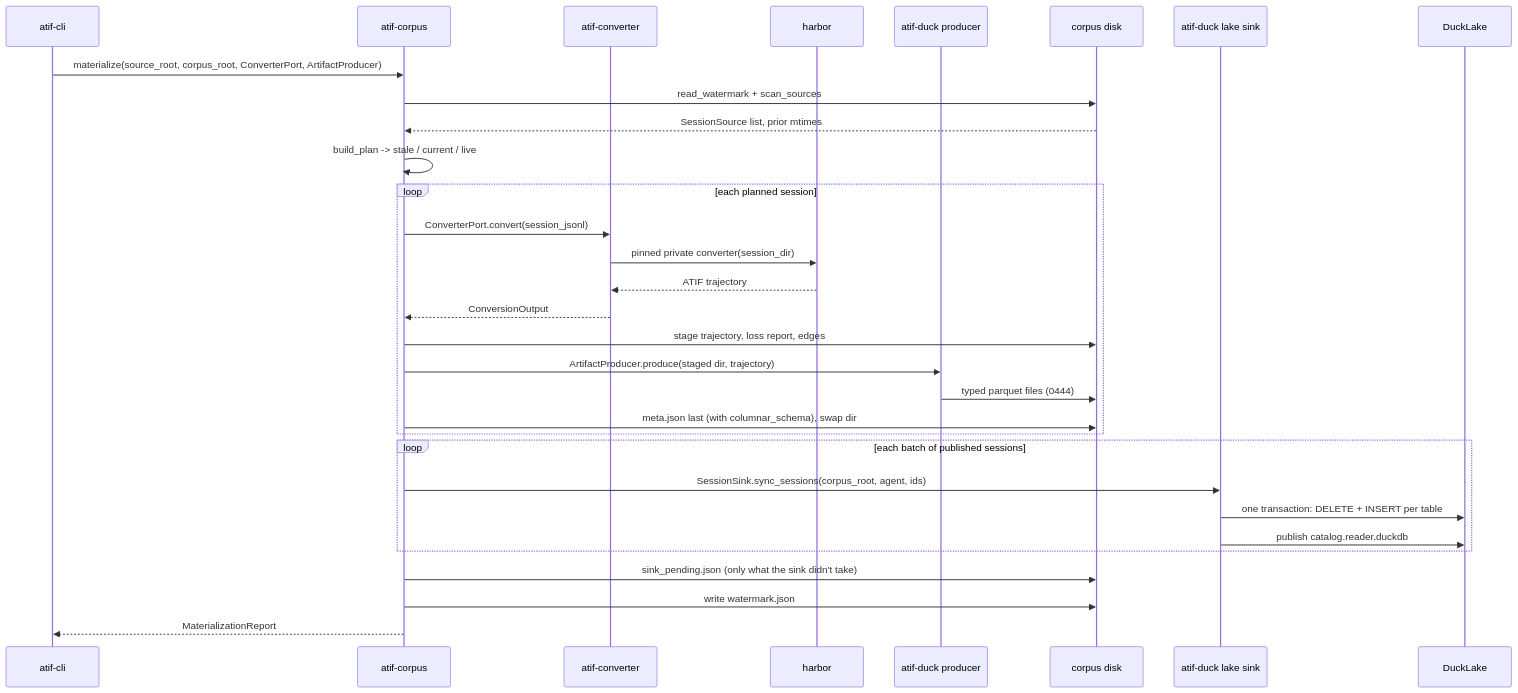
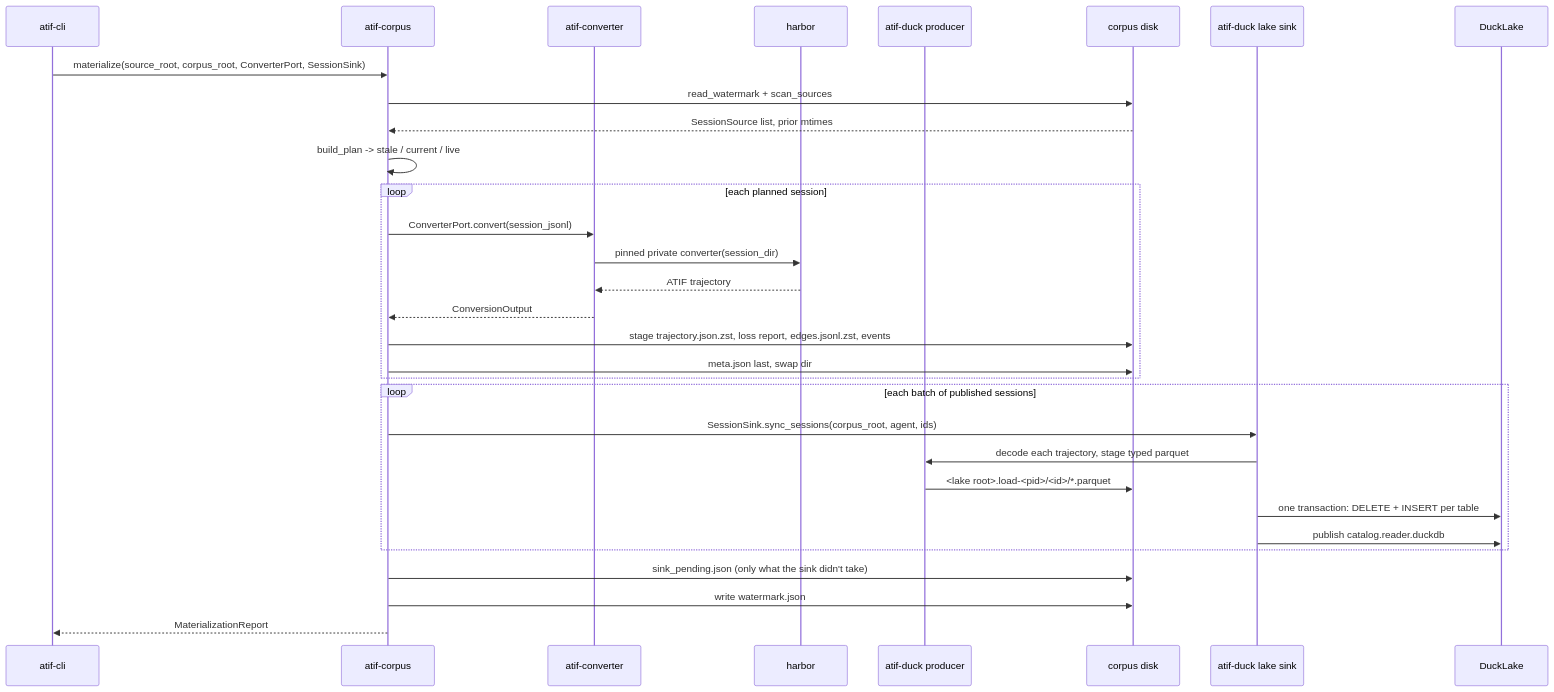
The first of 3 diagrams in docs/architecture/data-flow.md (laithalsaadoon/atif-sql), drawn with Mermaid before and after one commit. The commit also changed other lines of this file and 9 other files, not shown here.

Commit message:
docs: compressed session artifacts, the staged lake loader and corpus slim

````diff
--- a/docs/architecture/data-flow.md
+++ b/docs/architecture/data-flow.md
@@ -71,34 +76,34 @@
 ```mermaid
 sequenceDiagram
     participant CLI as atif-cli
     participant Corpus as atif-corpus
     participant Conv as atif-converter
     participant Harbor as harbor
     participant Producer as atif-duck producer
     participant Disk as corpus disk
     participant Sink as atif-duck lake sink
     participant Lake as DuckLake
 
-    CLI->>Corpus: materialize(source_root, corpus_root, ConverterPort, ArtifactProducer)
+    CLI->>Corpus: materialize(source_root, corpus_root, ConverterPort, SessionSink)
     Corpus->>Disk: read_watermark + scan_sources
     Disk-->>Corpus: SessionSource list, prior mtimes
     Corpus->>Corpus: build_plan -> stale / current / live
     loop each planned session
         Corpus->>Conv: ConverterPort.convert(session_jsonl)
         Conv->>Harbor: pinned private converter(session_dir)
         Harbor-->>Conv: ATIF trajectory
         Conv-->>Corpus: ConversionOutput
-        Corpus->>Disk: stage trajectory, loss report, edges
-        Corpus->>Producer: ArtifactProducer.produce(staged dir, trajectory)
-        Producer->>Disk: typed parquet files (0444)
-        Corpus->>Disk: meta.json last (with columnar_schema), swap dir
+        Corpus->>Disk: stage trajectory.json.zst, loss report, edges.jsonl.zst, events
+        Corpus->>Disk: meta.json last, swap dir
     end
     loop each batch of published sessions
         Corpus->>Sink: SessionSink.sync_sessions(corpus_root, agent, ids)
+        Sink->>Producer: decode each trajectory, stage typed parquet
+        Producer->>Disk: <lake root>.load-<pid>/<id>/*.parquet
         Sink->>Lake: one transaction: DELETE + INSERT per table
         Sink->>Lake: publish catalog.reader.duckdb
     end
     Corpus->>Disk: sink_pending.json (only what the sink didn't take)
     Corpus->>Disk: write watermark.json
     Corpus-->>CLI: MaterializationReport
 ```
````
